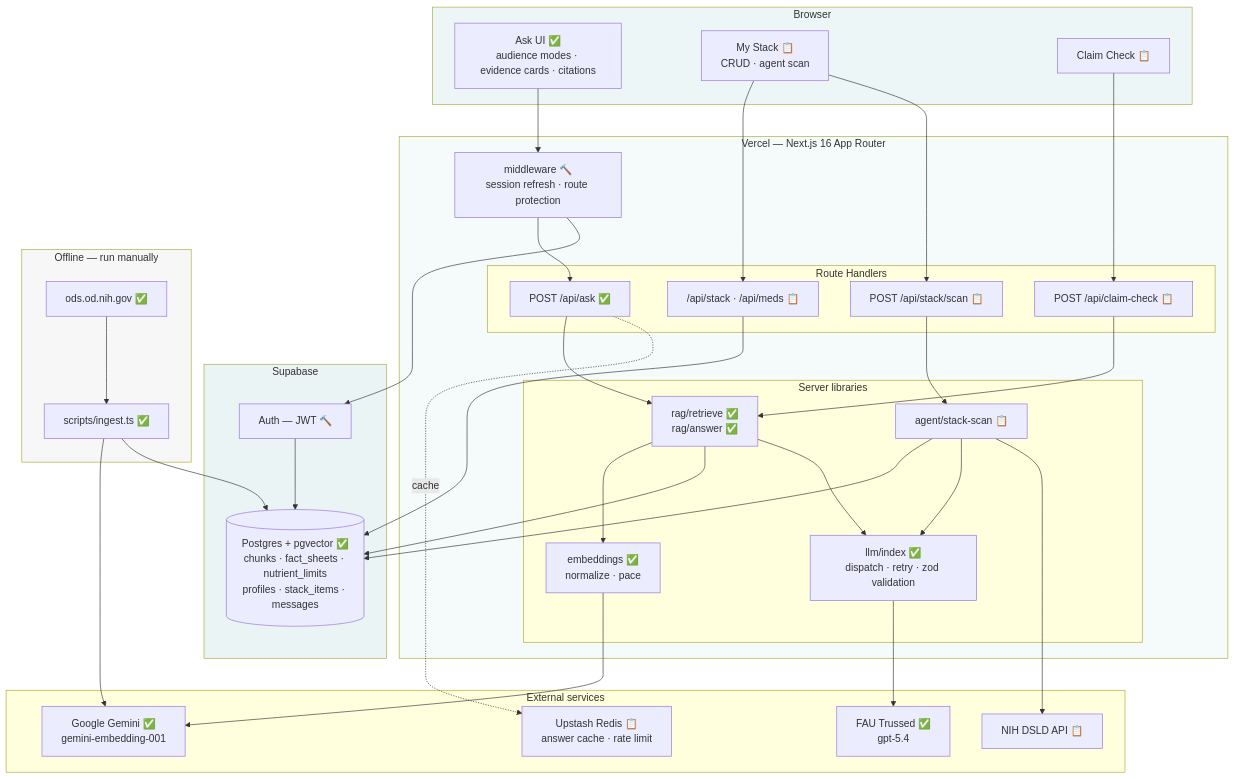
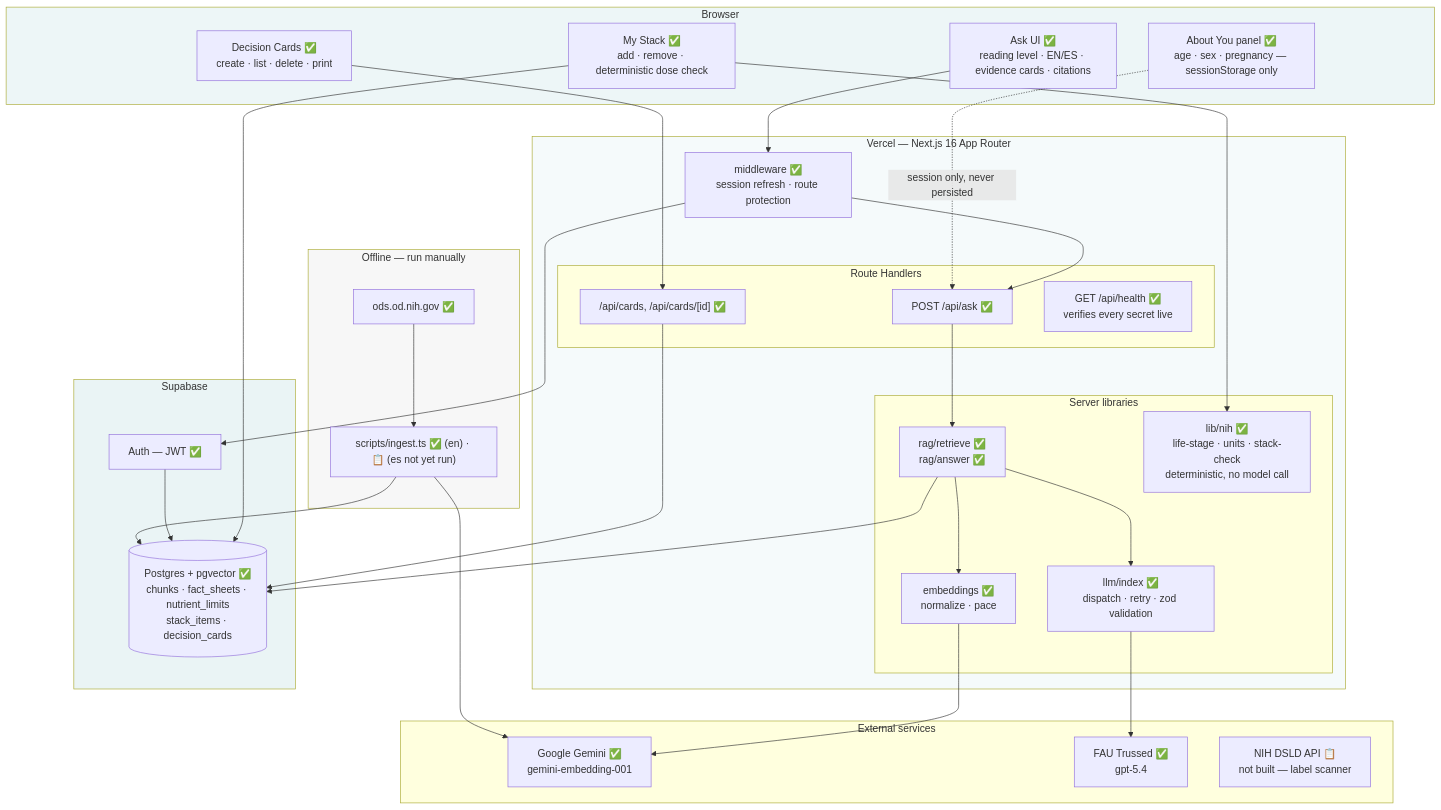
One commit to notypos/buildphase-notypos-deploy changed the first of 8 diagrams in design.md. Above: the diagram before and after it, drawn with Mermaid. The commit also changed other lines of this file and 13 other files, not shown here.

Commit message:
Add/remove supplements on My Stack; fix pregnancy checkbox gate; hide broken Spanish toggle; rewrite README/plan/design

````diff
--- a/design.md
+++ b/design.md
@@ -13,61 +13,57 @@
 ```mermaid
 graph TB
     subgraph client["Browser"]
-        UI["Ask UI ✅<br/>audience modes · evidence cards · citations"]
-        STACK["My Stack 📋<br/>CRUD · agent scan"]
-        CLAIM["Claim Check 📋"]
+        UI["Ask UI ✅<br/>reading level · EN/ES · evidence cards · citations"]
+        HCTX["About You panel ✅<br/>age · sex · pregnancy — sessionStorage only"]
+        STACK["My Stack ✅<br/>add · remove · deterministic dose check"]
+        CARDS["Decision Cards ✅<br/>create · list · delete · print"]
     end
 
     subgraph vercel["Vercel — Next.js 16 App Router"]
-        MW["middleware 🔨<br/>session refresh · route protection"]
+        MW["middleware ✅<br/>session refresh · route protection"]
         subgraph routes["Route Handlers"]
             ASK["POST /api/ask ✅"]
-            CRUD["/api/stack · /api/meds 📋"]
-            SCAN["POST /api/stack/scan 📋"]
-            CHK["POST /api/claim-check 📋"]
+            CRD["/api/cards, /api/cards/[id] ✅"]
+            HLTH["GET /api/health ✅<br/>verifies every secret live"]
         end
         subgraph lib["Server libraries"]
             RAG["rag/retrieve ✅<br/>rag/answer ✅"]
             LLM["llm/index ✅<br/>dispatch · retry · zod validation"]
             EMB["embeddings ✅<br/>normalize · pace"]
-            AGENT["agent/stack-scan 📋"]
+            NIH["lib/nih ✅<br/>life-stage · units · stack-check<br/>deterministic, no model call"]
         end
     end
 
     subgraph supabase["Supabase"]
-        AUTH["Auth — JWT 🔨"]
-        PG[("Postgres + pgvector ✅<br/>chunks · fact_sheets · nutrient_limits<br/>profiles · stack_items · messages")]
+        AUTH["Auth — JWT ✅"]
+        PG[("Postgres + pgvector ✅<br/>chunks · fact_sheets · nutrient_limits<br/>stack_items · decision_cards")]
     end
 
     subgraph external["External services"]
         GEM["Google Gemini ✅<br/>gemini-embedding-001"]
         TRU["FAU Trussed ✅<br/>gpt-5.4"]
-        DSLD["NIH DSLD API 📋"]
-        REDIS["Upstash Redis 📋<br/>answer cache · rate limit"]
+        DSLD["NIH DSLD API 📋<br/>not built — label scanner"]
     end
 
     subgraph offline["Offline — run manually"]
-        ING["scripts/ingest.ts ✅"]
+        ING["scripts/ingest.ts ✅ (en) · 📋 (es not yet run)"]
         ODS["ods.od.nih.gov ✅"]
     end
 
     UI --> MW --> ASK --> RAG
-    STACK --> CRUD --> PG
-    STACK --> SCAN --> AGENT
-    CLAIM --> CHK --> RAG
+    HCTX -.session only, never persisted.-> ASK
+    STACK --> PG
+    STACK --> NIH
+    CARDS --> CRD --> PG
     RAG --> EMB --> GEM
     RAG --> PG
     RAG --> LLM --> TRU
-    AGENT --> PG
-    AGENT --> LLM
-    AGENT --> DSLD
-    ASK -.cache.-> REDIS
     MW --> AUTH --> PG
     ODS --> ING --> GEM
     ING --> PG
 
     style client fill:#EDF6F7
     style vercel fill:#F5FAFB
     style supabase fill:#EAF4F5
     style offline fill:#F7F7F7
 ```
````
